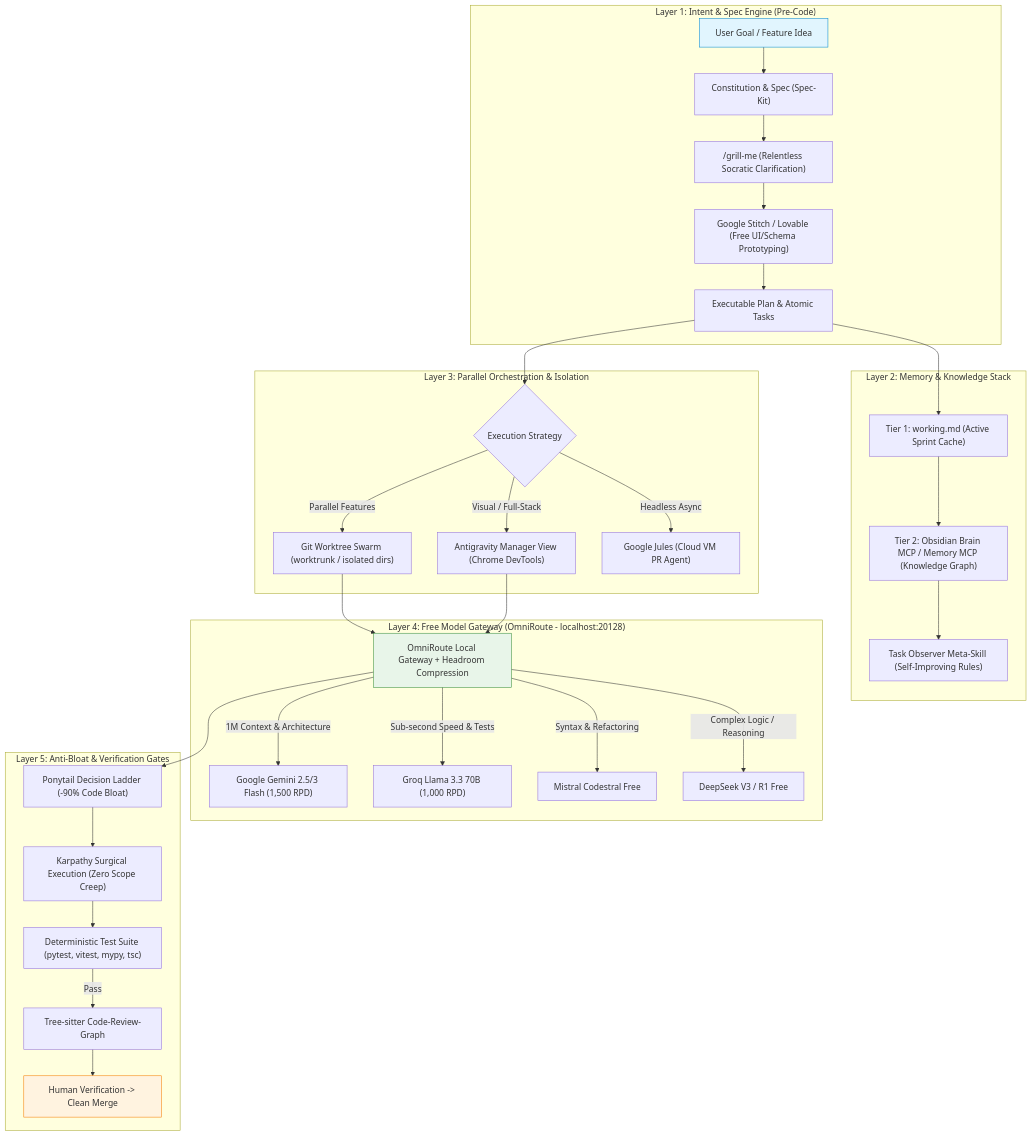
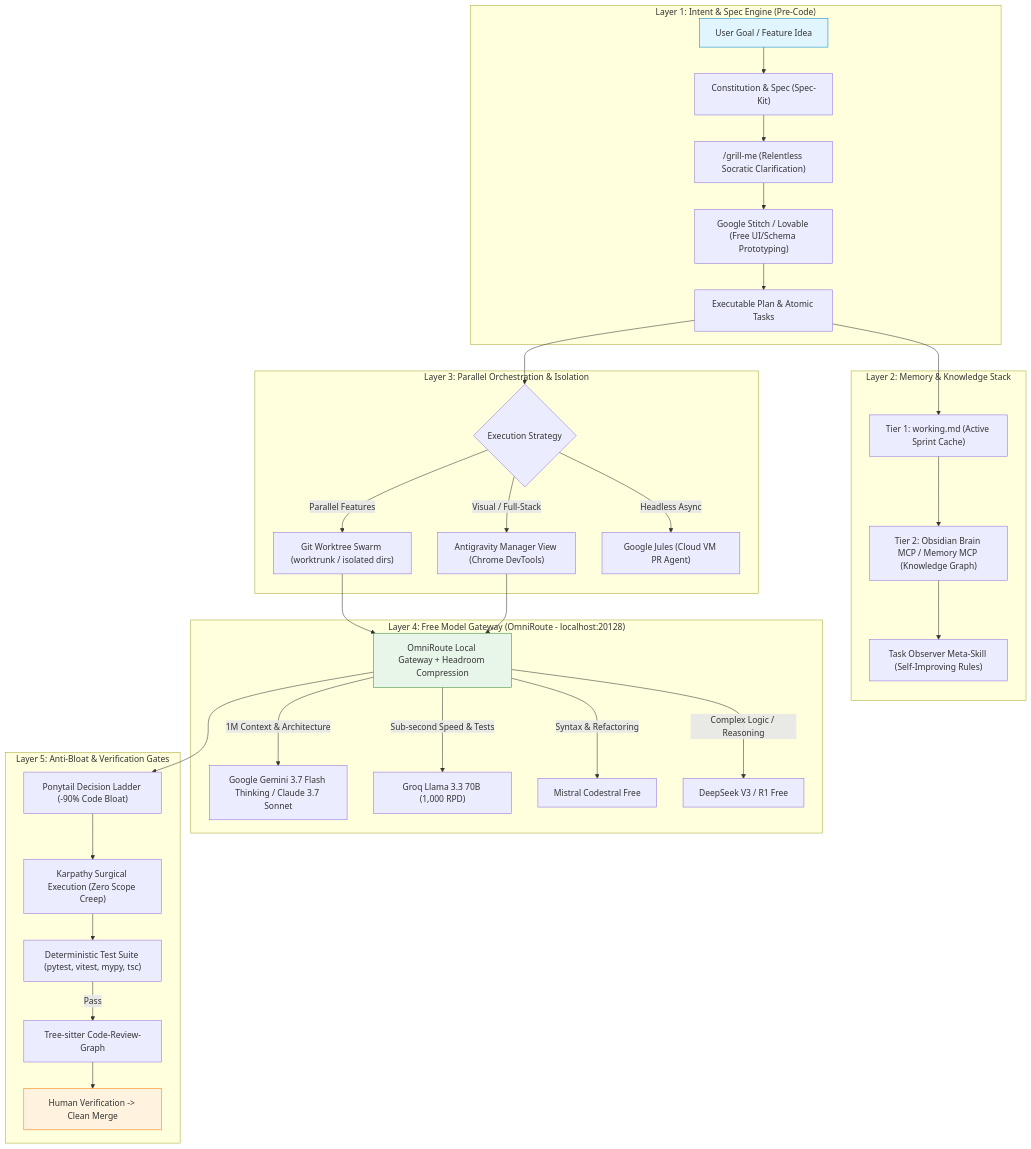
Before and after one commit to aryanthepain/antigravity_setup: the diagram in master_blueprint_2026.md, drawn with Mermaid. The commit also changed other lines of this file and 5 other files, not shown here.

````diff
--- a/master_blueprint_2026.md
+++ b/master_blueprint_2026.md
@@ -35,42 +35,42 @@
 ```mermaid
 graph TD
     subgraph "Layer 1: Intent & Spec Engine (Pre-Code)"
         A[User Goal / Feature Idea] --> B["Constitution & Spec (Spec-Kit)"]
         B --> C["/grill-me (Relentless Socratic Clarification)"]
         C --> D["Google Stitch / Lovable (Free UI/Schema Prototyping)"]
         D --> E["Executable Plan & Atomic Tasks"]
     end
 
     subgraph "Layer 2: Memory & Knowledge Stack"
         E --> F["Tier 1: working.md (Active Sprint Cache)"]
         F --> G["Tier 2: Obsidian Brain MCP / Memory MCP (Knowledge Graph)"]
         G --> H["Task Observer Meta-Skill (Self-Improving Rules)"]
     end
 
     subgraph "Layer 3: Parallel Orchestration & Isolation"
         E --> I{"Execution Strategy"}
         I -->|Parallel Features| J["Git Worktree Swarm (worktrunk / isolated dirs)"]
         I -->|Visual / Full-Stack| K["Antigravity Manager View (Chrome DevTools)"]
         I -->|Headless Async| L["Google Jules (Cloud VM PR Agent)"]
     end
 
     subgraph "Layer 4: Free Model Gateway (OmniRoute - localhost:20128)"
         J & K --> M["OmniRoute Local Gateway + Headroom Compression"]
-        M -->|1M Context & Architecture| N["Google Gemini 2.5/3 Flash (1,500 RPD)"]
+        M -->|1M Context & Architecture| N["Google Gemini 3.7 Flash Thinking / Claude 3.7 Sonnet"]
         M -->|Sub-second Speed & Tests| O["Groq Llama 3.3 70B (1,000 RPD)"]
         M -->|Syntax & Refactoring| P["Mistral Codestral Free"]
         M -->|Complex Logic / Reasoning| Q["DeepSeek V3 / R1 Free"]
     end
 
     subgraph "Layer 5: Anti-Bloat & Verification Gates"
         M --> R["Ponytail Decision Ladder (-90% Code Bloat)"]
         R --> S["Karpathy Surgical Execution (Zero Scope Creep)"]
         S --> T["Deterministic Test Suite (pytest, vitest, mypy, tsc)"]
         T -->|Pass| U["Tree-sitter Code-Review-Graph"]
         U --> V["Human Verification -> Clean Merge"]
     end
 
     style A fill:#e1f5fe,stroke:#0288d1
     style M fill:#e8f5e9,stroke:#388e3c
     style V fill:#fff3e0,stroke:#f57c00
 ```
````
